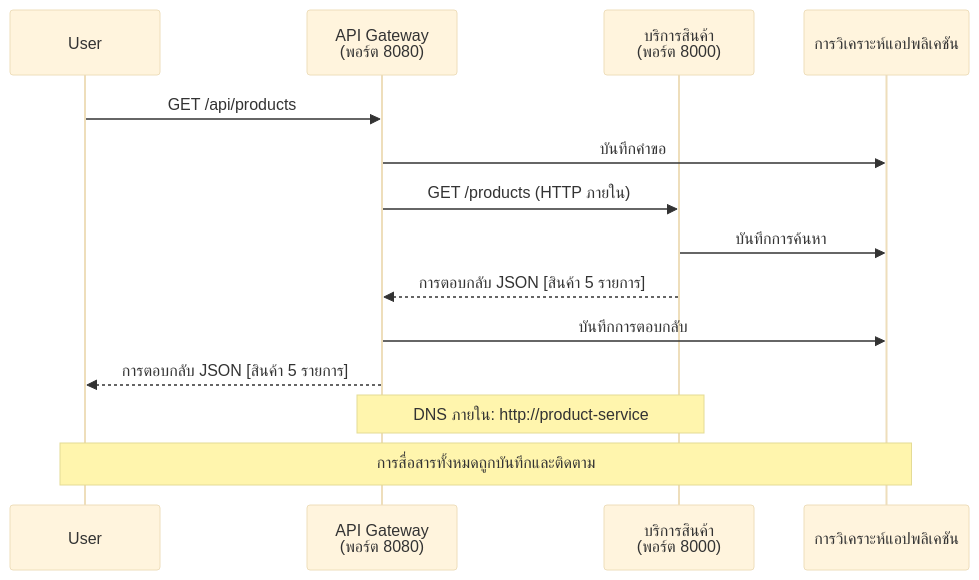
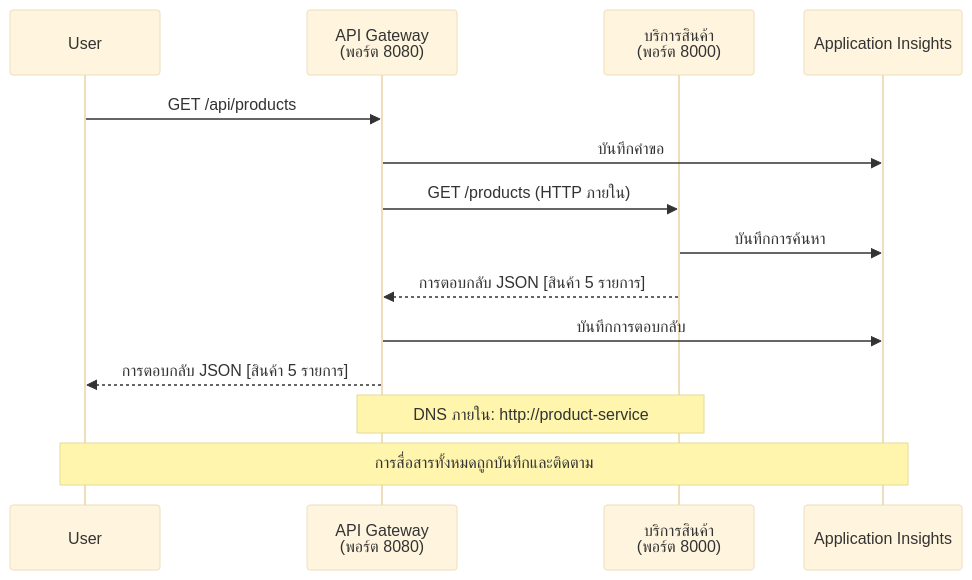
Before and after one commit to microsoft/AZD-for-beginners: the fourth of 4 diagrams in translations/th/examples/microservices/README.md, drawn with Mermaid (base theme). The commit also changed other lines of this file and 242 other files, not shown here.

````diff
--- a/translations/th/examples/microservices/README.md
+++ b/translations/th/examples/microservices/README.md
@@ -432,18 +423,18 @@
 ```mermaid
 sequenceDiagram
     participant User
     participant Gateway as API Gateway<br/>(พอร์ต 8080)
     participant Product as บริการสินค้า<br/>(พอร์ต 8000)
-    participant AI as การวิเคราะห์แอปพลิเคชัน
+    participant AI as Application Insights
     
     User->>Gateway: GET /api/products
     Gateway->>AI: บันทึกคำขอ
     Gateway->>Product: GET /products (HTTP ภายใน)
     Product->>AI: บันทึกการค้นหา
     Product-->>Gateway: การตอบกลับ JSON [สินค้า 5 รายการ]
     Gateway->>AI: บันทึกการตอบกลับ
     Gateway-->>User: การตอบกลับ JSON [สินค้า 5 รายการ]
     
     Note over Gateway,Product: DNS ภายใน: http://product-service
     Note over User,AI: การสื่อสารทั้งหมดถูกบันทึกและติดตาม
 ```
````
